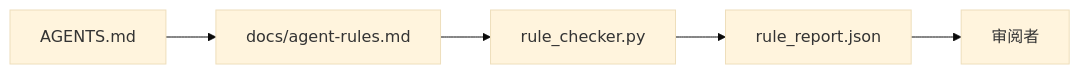
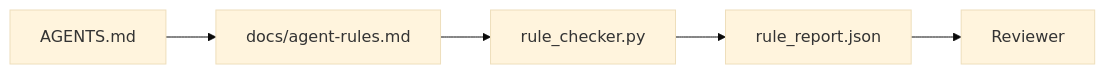
The diagram in i18n/zh/phases/14-agent-engineering/33-instructions-as-executable-constraints/docs/zh.md (xiaojiaenen/ai-engineering-from-scratch-zh), drawn with Mermaid (base theme) before and after one commit. The commit also changed other lines of this file and 54 other files, not shown here.

````diff
--- a/i18n/zh/phases/14-agent-engineering/33-instructions-as-executable-constraints/docs/zh.md
+++ b/i18n/zh/phases/14-agent-engineering/33-instructions-as-executable-constraints/docs/zh.md
@@ -27,7 +27,7 @@
 ```mermaid
 flowchart LR
   Router[AGENTS.md] --> Rules[docs/agent-rules.md]
   Rules --> Checker[rule_checker.py]
   Checker --> Report[rule_report.json]
-  Report --> Reviewer[审阅者]
+  Report --> Reviewer[Reviewer]
 ```
````
